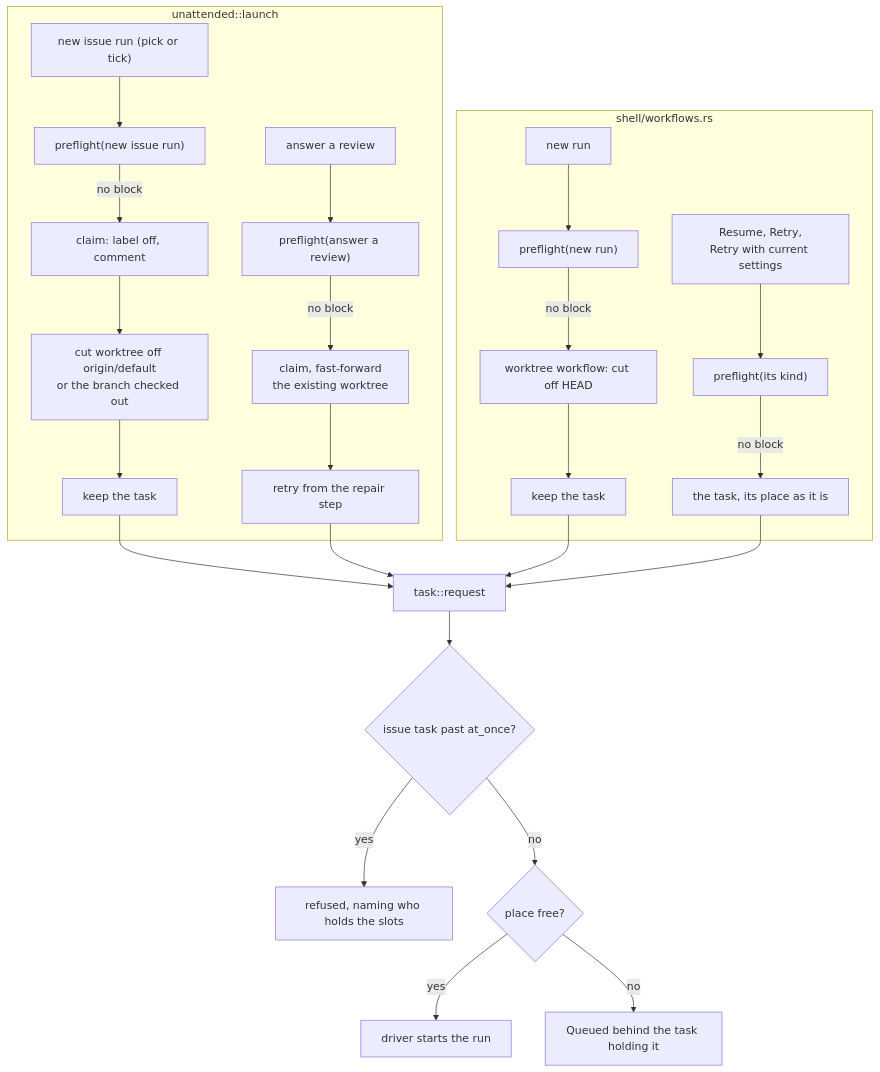
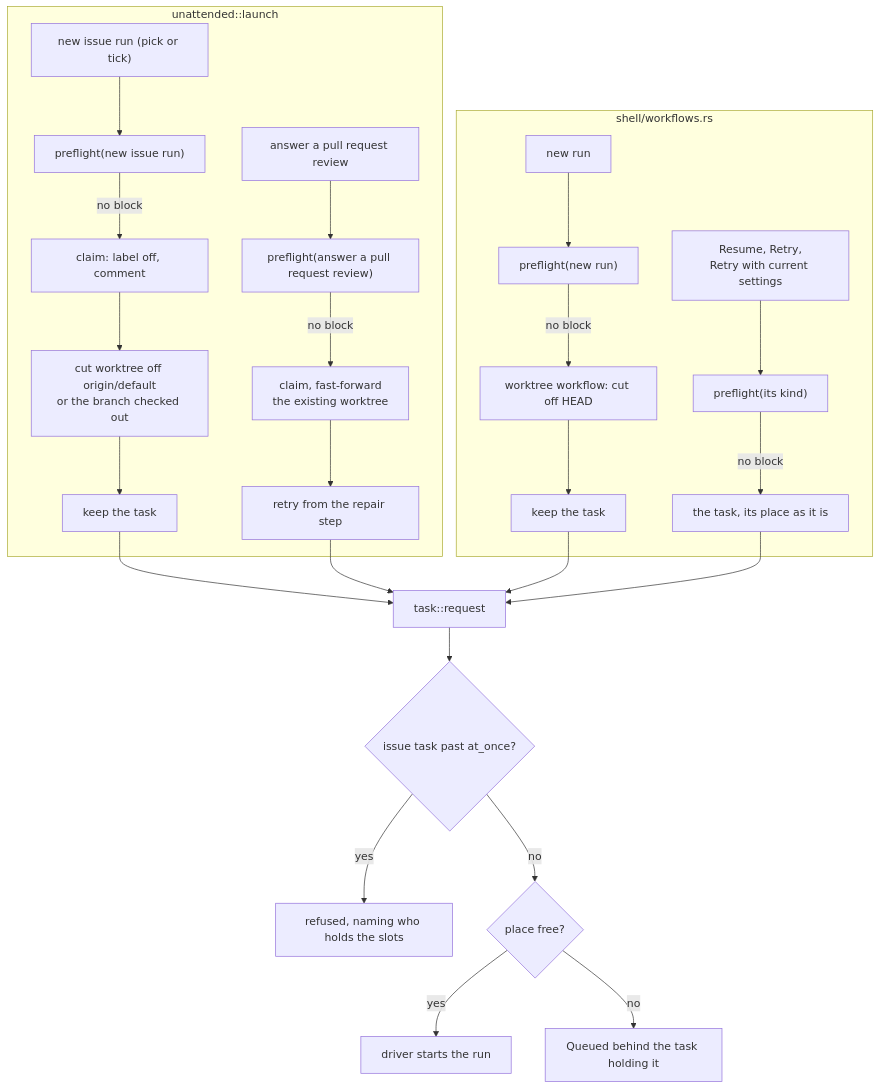
The fourth of 5 diagrams in docs/proposals/issue-workflows/architecture.md (jarviisha/onehand), drawn with Mermaid before and after one commit. The commit also changed other lines of this file and 6 other files, not shown here.

````diff
--- a/docs/proposals/issue-workflows/architecture.md
+++ b/docs/proposals/issue-workflows/architecture.md
@@ -183,28 +184,28 @@
 ```mermaid
 flowchart TD
     subgraph issue["unattended::launch"]
         I0["new issue run (pick or tick)"] --> IP["preflight(new issue run)"]
         IP -->|no block| IC["claim: label off, comment"]
         IC --> IW["cut worktree off origin/default<br/>or the branch checked out"]
         IW --> IK["keep the task"]
-        V0["answer a review"] --> VP["preflight(answer a review)"]
+        V0["answer a pull request review"] --> VP["preflight(answer a pull request review)"]
         VP -->|no block| VC["claim, fast-forward<br/>the existing worktree"]
         VC --> VK["retry from the repair step"]
     end
     subgraph launcher["shell/workflows.rs"]
         L0["new run"] --> LP["preflight(new run)"]
         LP -->|no block| LW["worktree workflow: cut off HEAD"]
         LW --> LK["keep the task"]
         R0["Resume, Retry,<br/>Retry with current settings"] --> RP["preflight(its kind)"]
         RP -->|no block| RK["the task, its place as it is"]
     end
     IK --> Q["task::request"]
     VK --> Q
     LK --> Q
     RK --> Q
     Q --> S{"issue task past at_once?"}
     S -->|yes| X["refused, naming who holds the slots"]
     S -->|no| W{"place free?"}
     W -->|yes| Run["driver starts the run"]
     W -->|no| Wait["Queued behind the task holding it"]
 ```
````
